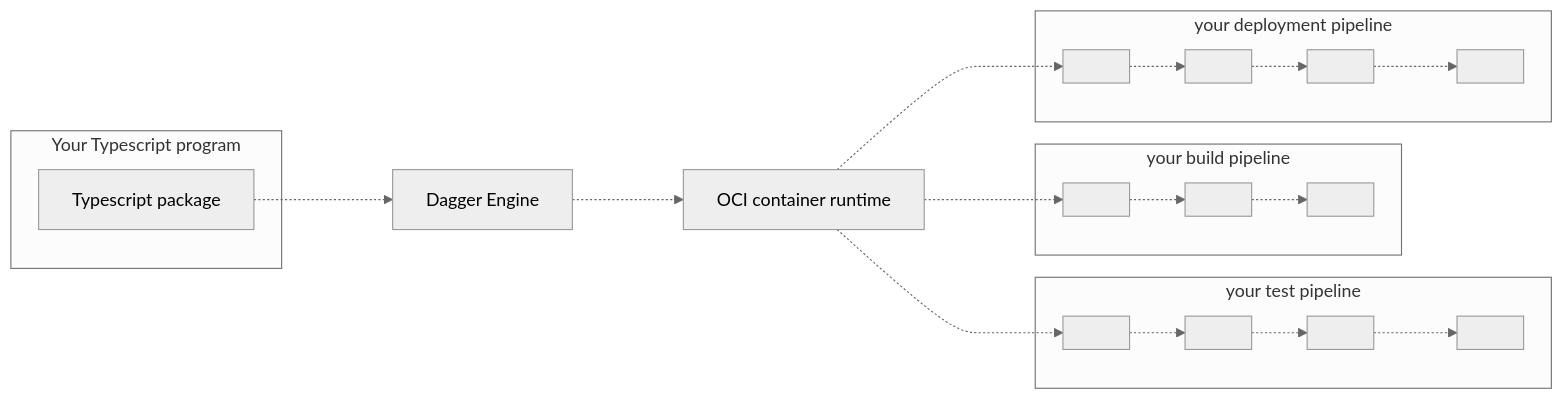
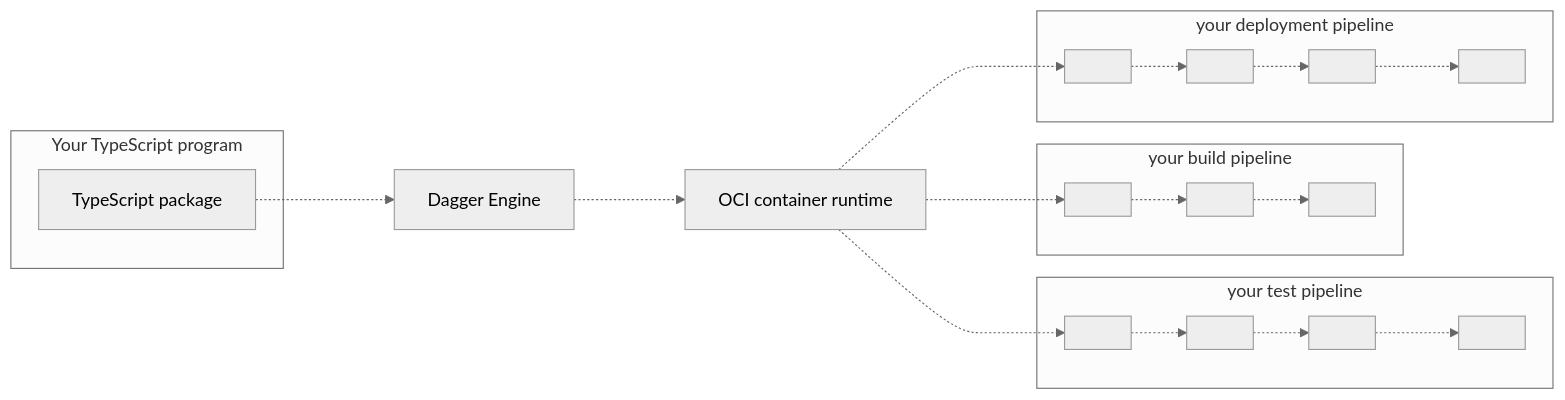
One commit to dagger/dagger changed the diagram in docs/current_docs/sdk/typescript/index.md. Above: the diagram before and after it, drawn with Mermaid (neutral theme). The commit also changed other lines of this file and 220 other files, not shown here.

````diff
--- a/docs/current_docs/sdk/typescript/index.md
+++ b/docs/current_docs/sdk/typescript/index.md
@@ -33,22 +33,22 @@
 ```mermaid
 graph LR;
 
-subgraph program["Your Typescript program"]
-  lib["Typescript package"]
+subgraph program["Your TypeScript program"]
+  lib["TypeScript package"]
 end
 
 engine["Dagger Engine"]
 oci["OCI container runtime"]
 
 subgraph A["your build pipeline"]
   A1[" "] -.-> A2[" "] -.-> A3[" "]
 end
 subgraph B["your test pipeline"]
   B1[" "] -.-> B2[" "] -.-> B3[" "] -.-> B4[" "]
 end
 subgraph C["your deployment pipeline"]
   C1[" "] -.-> C2[" "] -.-> C3[" "] -.-> C4[" "]
 end
 
 lib -..-> engine -..-> oci -..-> A1 & B1 & C1
 ```
````
